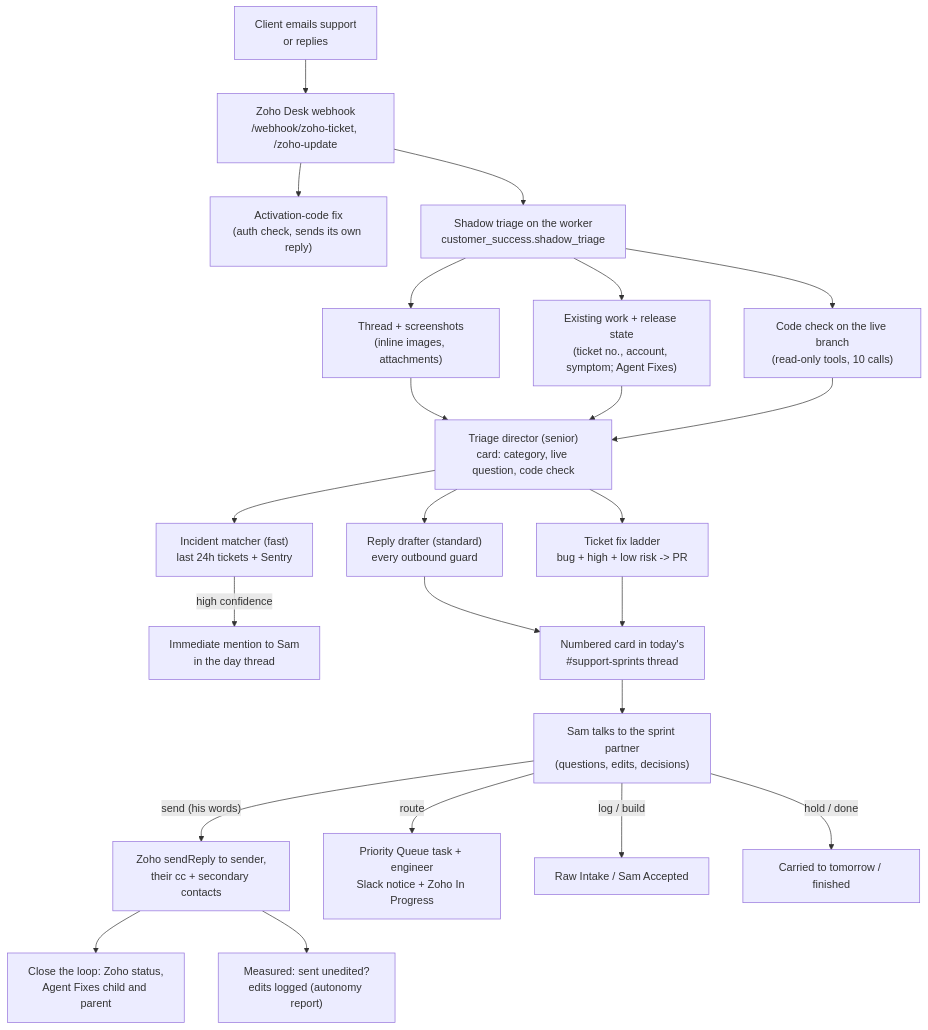
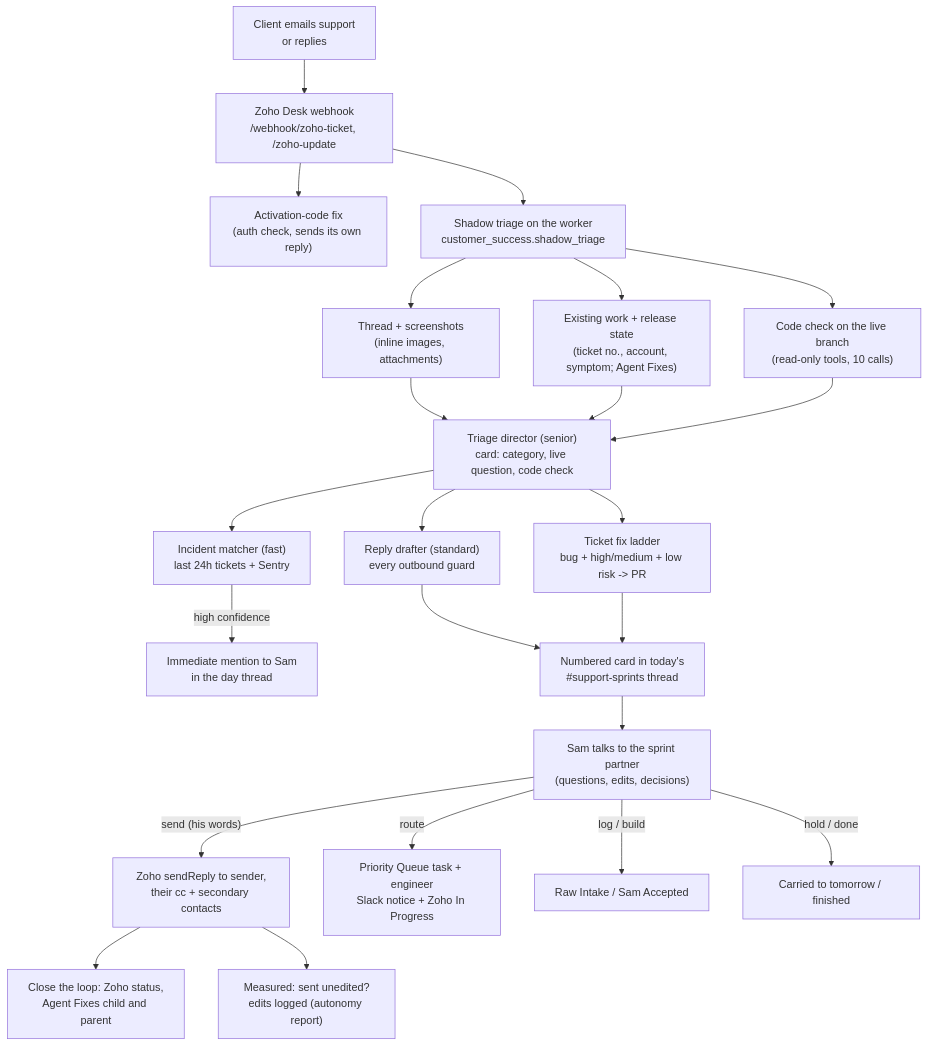
Before and after one commit to vomeadmin/vome-os: the first of 7 diagrams in WORKFLOWS.md, drawn with Mermaid. The commit also changed other lines of this file, not shown here.

Commit message:
Workflow map: batches deployed, fix gate and merge owners as of Oct 18

````diff
--- a/WORKFLOWS.md
+++ b/WORKFLOWS.md
@@ -30,22 +30,22 @@
 ```mermaid
 flowchart TD
   A["Client emails support<br/>or replies"]:::live --> B["Zoho Desk webhook<br/>/webhook/zoho-ticket, /zoho-update"]:::live
   B --> AC["Activation-code fix<br/>(auth check, sends its own reply)"]:::live
   B --> S["Shadow triage on the worker<br/>customer_success.shadow_triage"]:::deployed
   S --> S1["Thread + screenshots<br/>(inline images, attachments)"]:::deployed
   S --> S2["Existing work + release state<br/>(ticket no., account, symptom; Agent Fixes)"]:::deployed
   S --> S3["Code check on the live branch<br/>(read-only tools, 10 calls)"]:::built
   S1 & S2 & S3 --> T["Triage director (senior)<br/>card: category, live question, code check"]:::deployed
   T --> I["Incident matcher (fast)<br/>last 24h tickets + Sentry"]:::deployed
   I -->|high confidence| IA["Immediate mention to Sam<br/>in the day thread"]:::deployed
   T --> D["Reply drafter (standard)<br/>every outbound guard"]:::deployed
-  T --> F["Ticket fix ladder<br/>bug + high + low risk -> PR"]:::built
+  T --> F["Ticket fix ladder<br/>bug + high/medium + low risk -> PR"]:::deployed
   D & F --> C["Numbered card in today's<br/>#support-sprints thread"]:::deployed
   C --> P["Sam talks to the sprint partner<br/>(questions, edits, decisions)"]:::deployed
   P -->|"send (his words)"| SE["Zoho sendReply to sender,<br/>their cc + secondary contacts"]:::deployed
   SE --> CL["Close the loop: Zoho status,<br/>Agent Fixes child and parent"]:::built
   P -->|route| R["Priority Queue task + engineer<br/>Slack notice + Zoho In Progress"]:::deployed
   P -->|log / build| FR["Raw Intake / Sam Accepted"]:::deployed
   P -->|hold / done| H["Carried to tomorrow / finished"]:::deployed
   SE --> M["Measured: sent unedited?<br/>edits logged (autonomy report)"]:::built
 ```
````
